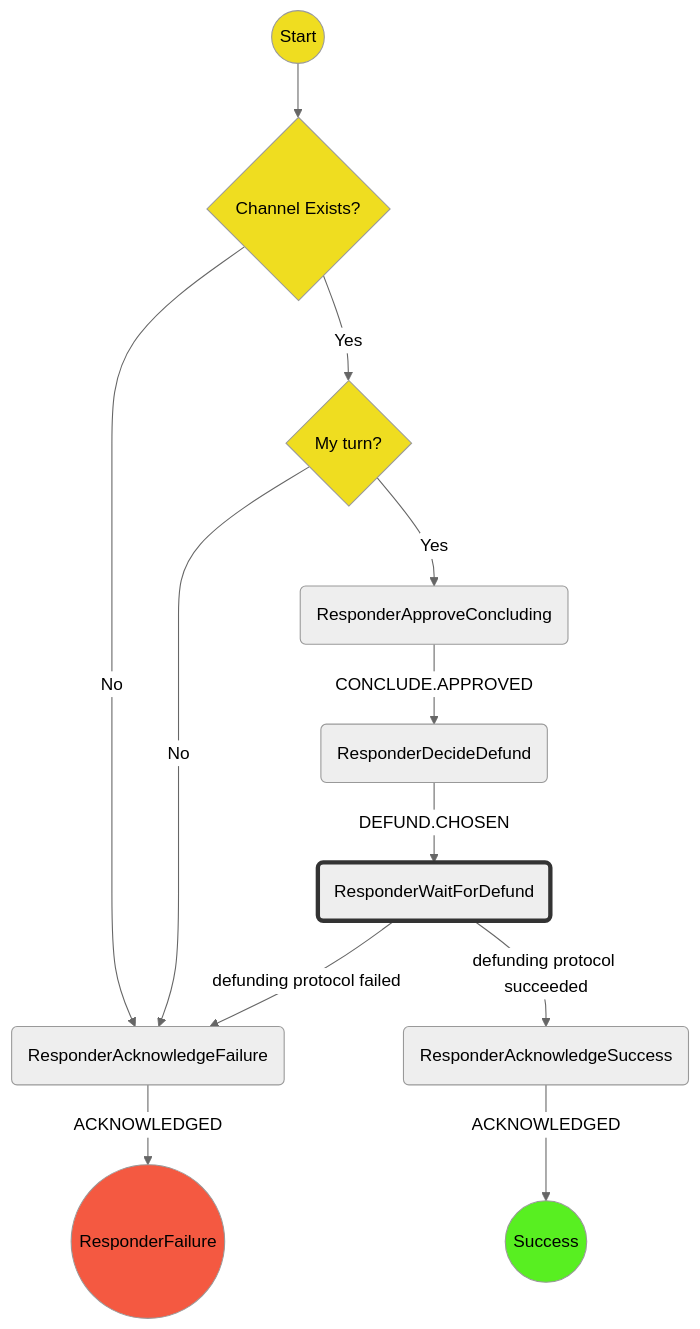
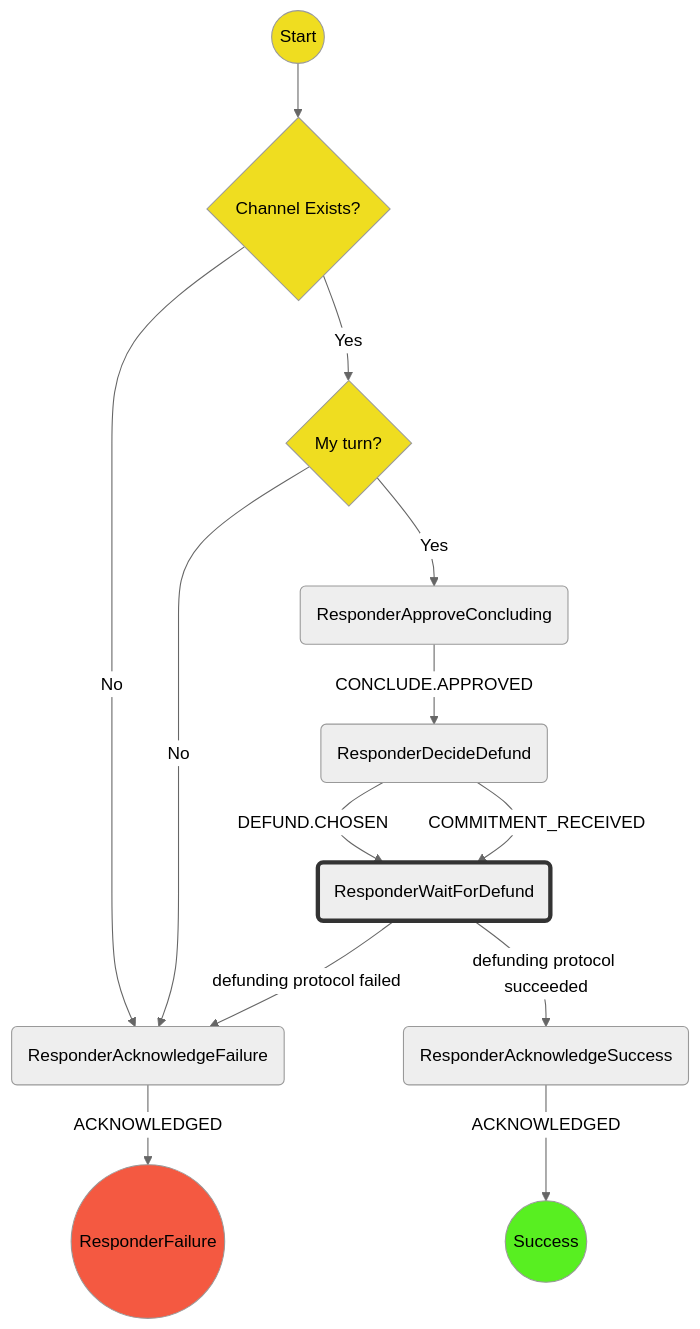
One commit to magmo/apps changed the diagram in packages/wallet/src/redux/protocols/concluding/responder/readme.md. Above: the diagram before and after it, drawn with Mermaid (neutral theme). The commit also changed other lines of this file and 4 other files, not shown here.

Commit message:
Experiment with passing commitment received action down as an alternative way of initialising indirect defunding reducer

````diff
--- a/packages/wallet/src/redux/protocols/concluding/responder/readme.md
+++ b/packages/wallet/src/redux/protocols/concluding/responder/readme.md
@@ -21,20 +21,22 @@
 ```mermaid
 graph TD
+linkStyle default interpolate basis
   S((Start)) --> E{Channel Exists?}
   E --> |No| AF(ResponderAcknowledgeFailure)
   AF -->|ACKNOWLEDGED| F((ResponderFailure))
   E --> |Yes| MT{My turn?}
   MT  --> |Yes| CC(ResponderApproveConcluding)
   MT  --> |No| AF(ResponderAcknowledgeFailure)
   CC  --> |CONCLUDE.APPROVED| DD(ResponderDecideDefund)
   DD --> |DEFUND.CHOSEN| D(ResponderWaitForDefund)
+  DD --> |COMMITMENT_RECEIVED| D(ResponderWaitForDefund)
   D   --> |defunding protocol succeeded| AS(ResponderAcknowledgeSuccess)
   AS -->  |ACKNOWLEDGED| SS((Success))
   D   --> |defunding protocol failed| AF(ResponderAcknowledgeFailure)
   style S  fill:#efdd20
   style E  fill:#efdd20
   style MT fill:#efdd20
   style SS fill:#58ef21
   style F  fill:#f45941
   style D stroke:#333,stroke-width:4px
 ```
````
